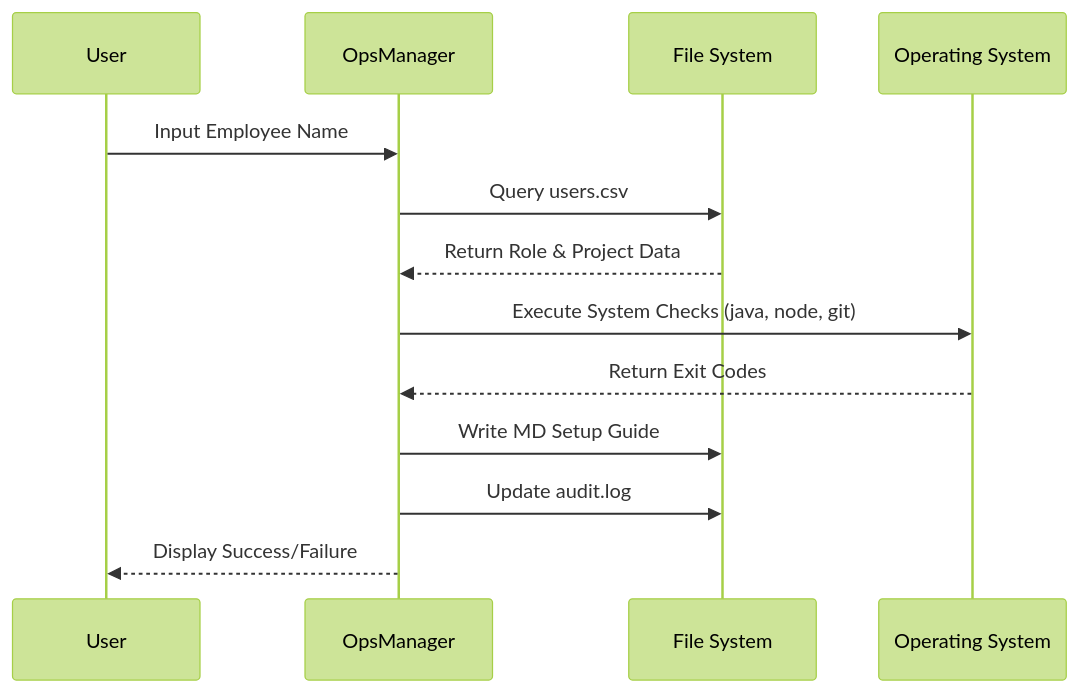
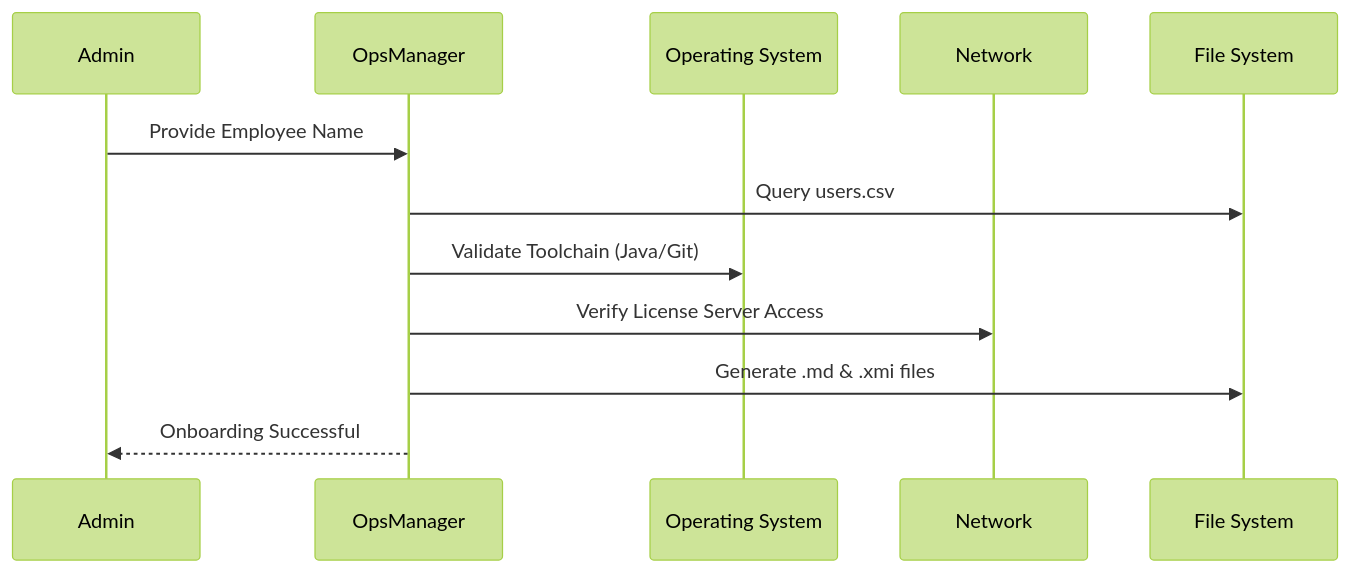
One commit to Kefmat/OpsCompanion-Java changed the second of 2 diagrams in README.md. Above: the diagram before and after it, drawn with Mermaid (forest theme). The commit also changed other lines of this file, not shown here.

Commit message:
Dokumentasjon: Oppdatert README med modulær arkitektur, systemdiagrammer og MBSE-beskrivelse

````diff
--- a/README.md
+++ b/README.md
@@ -28,16 +50,15 @@
 ```mermaid
 sequenceDiagram
-    participant User
-    participant App as OpsManager
+    participant Admin
+    participant Main as OpsManager
+    participant OS as Operating System
+    participant Net as Network
     participant FS as File System
-    participant OS as Operating System
 
-    User->>App: Input Employee Name
-    App->>FS: Query users.csv
-    FS-->>App: Return Role & Project Data
-    App->>OS: Execute System Checks (java, node, git)
-    OS-->>App: Return Exit Codes
-    App->>FS: Write MD Setup Guide
-    App->>FS: Update audit.log
-    App-->>User: Display Success/Failure
+    Admin->>Main: Provide Employee Name
+    Main->>FS: Query users.csv
+    Main->>OS: Validate Toolchain (Java/Git)
+    Main->>Net: Verify License Server Access
+    Main->>FS: Generate .md & .xmi files
+    Main-->>Admin: Onboarding Successful
 ```
````
